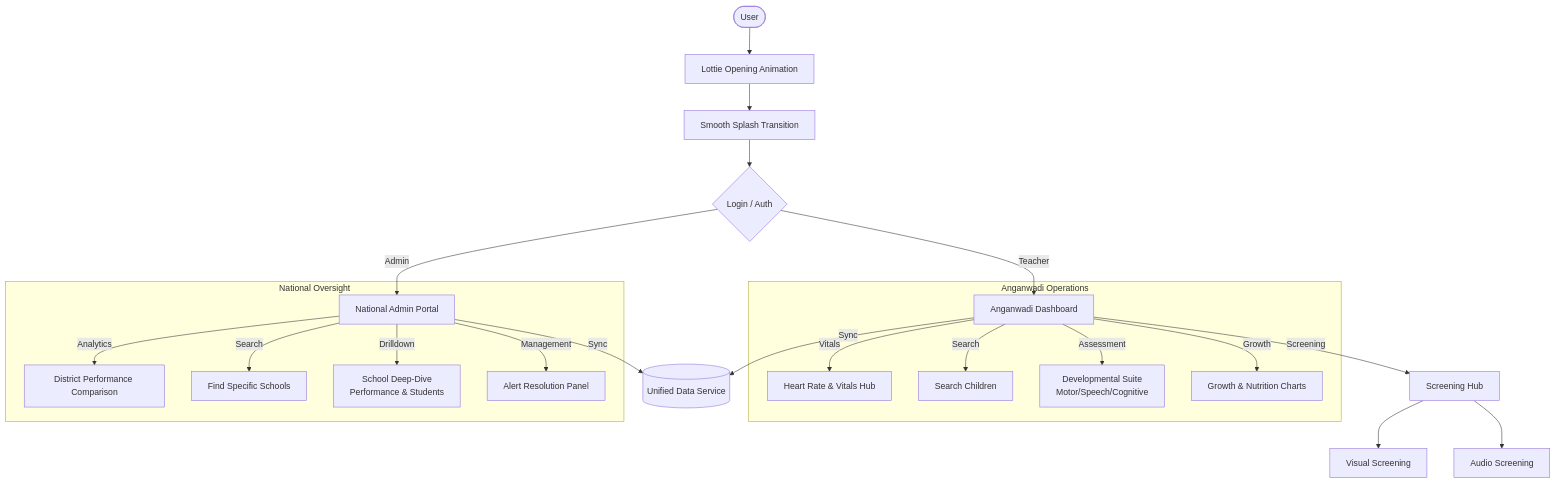
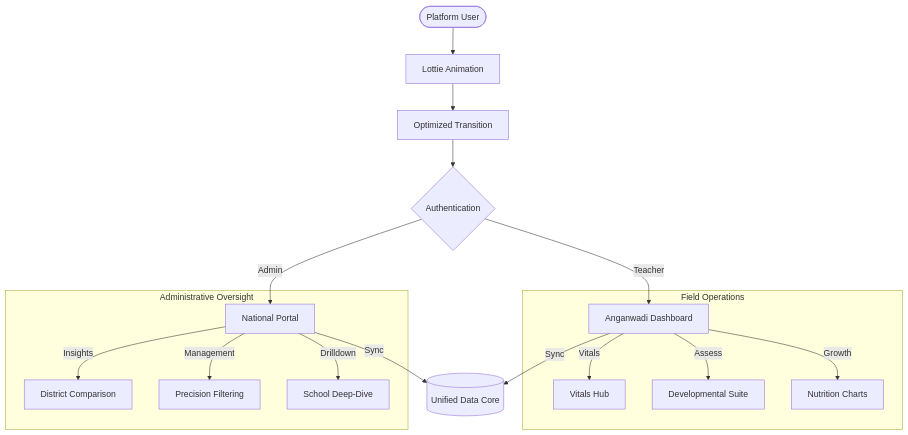
Before and after one commit to parvathi-s25/Shishu_suraksha: the diagram in README.md, drawn with Mermaid. The commit also changed other lines of this file, not shown here.

````diff
--- a/README.md
+++ b/README.md
@@ -19,36 +44,29 @@
 ```mermaid
 graph TD
     %% Entry Point
-    User([User]) --> Intro[Lottie Opening Animation]
-    Intro --> Splash[Smooth Splash Transition]
-    Splash --> Login{Login / Auth}
+    User([Platform User]) --> Intro[Lottie Animation]
+    Intro --> Splash[Optimized Transition]
+    Splash --> Login{Authentication}
     
     %% Role Branching
     Login -->|Teacher| Dashboard[Anganwadi Dashboard]
-    Login -->|Admin| AdminDash[National Admin Portal]
+    Login -->|Admin| AdminDash[National Portal]
 
     %% Teacher Flow
-    subgraph Teacher_Module [Anganwadi Operations]
-        Dashboard -->|Vitals| LiveVitals[Heart Rate & Vitals Hub]
-        Dashboard -->|Search| ChildSearch[Search Children]
-        Dashboard -->|Assessment| Assess[Developmental Suite <br/> Motor/Speech/Cognitive]
-        Dashboard -->|Growth| Growth[Growth & Nutrition Charts]
+    subgraph Operations [Field Operations]
+        Dashboard -->|Vitals| LiveVitals[Vitals Hub]
+        Dashboard -->|Assess| Assess[Developmental Suite]
+        Dashboard -->|Growth| Growth[Nutrition Charts]
     end
 
     %% Admin Flow
-    subgraph Admin_Module [National Oversight]
-        AdminDash -->|Analytics| DistrictChart[District Performance Comparison]
-        AdminDash -->|Search| SchoolSearch[Find Specific Schools]
-        AdminDash -->|Drilldown| SchoolDetail[School Deep-Dive <br/> Performance & Students]
-        AdminDash -->|Management| Alerts[Alert Resolution Panel]
+    subgraph Analytics [Administrative Oversight]
+        AdminDash -->|Insights| DistrictChart[District Comparison]
+        AdminDash -->|Management| SchoolSearch[Precision Filtering]
+        AdminDash -->|Drilldown| SchoolDetail[School Deep-Dive]
     end
 
     %% Data Core
-    AdminDash -->|Sync| DataService[(Unified Data Service)]
+    AdminDash -->|Sync| DataService[(Unified Data Core)]
     Dashboard -->|Sync| DataService
-    
-    %% Screening Modules
-    Dashboard -->|Screening| Screening[Screening Hub]
-    Screening --> Visual[Visual Screening]
-    Screening --> Audio[Audio Screening]
 ```
````
